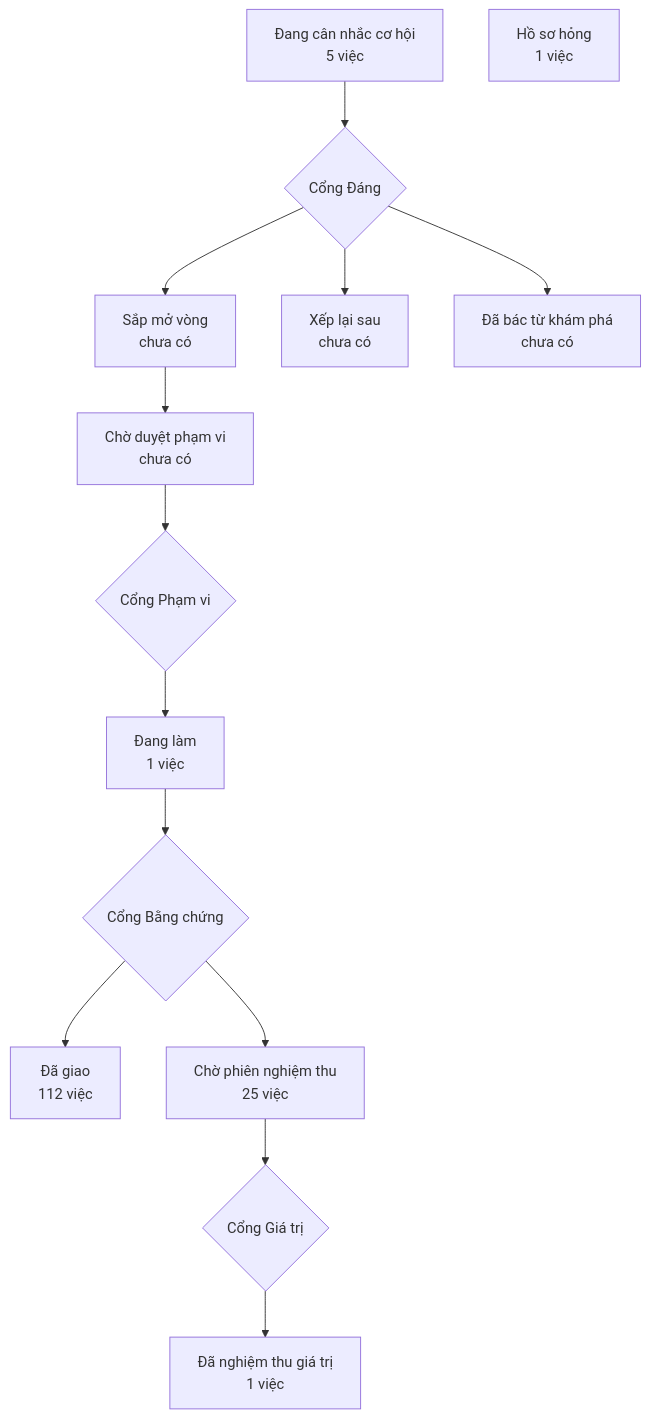
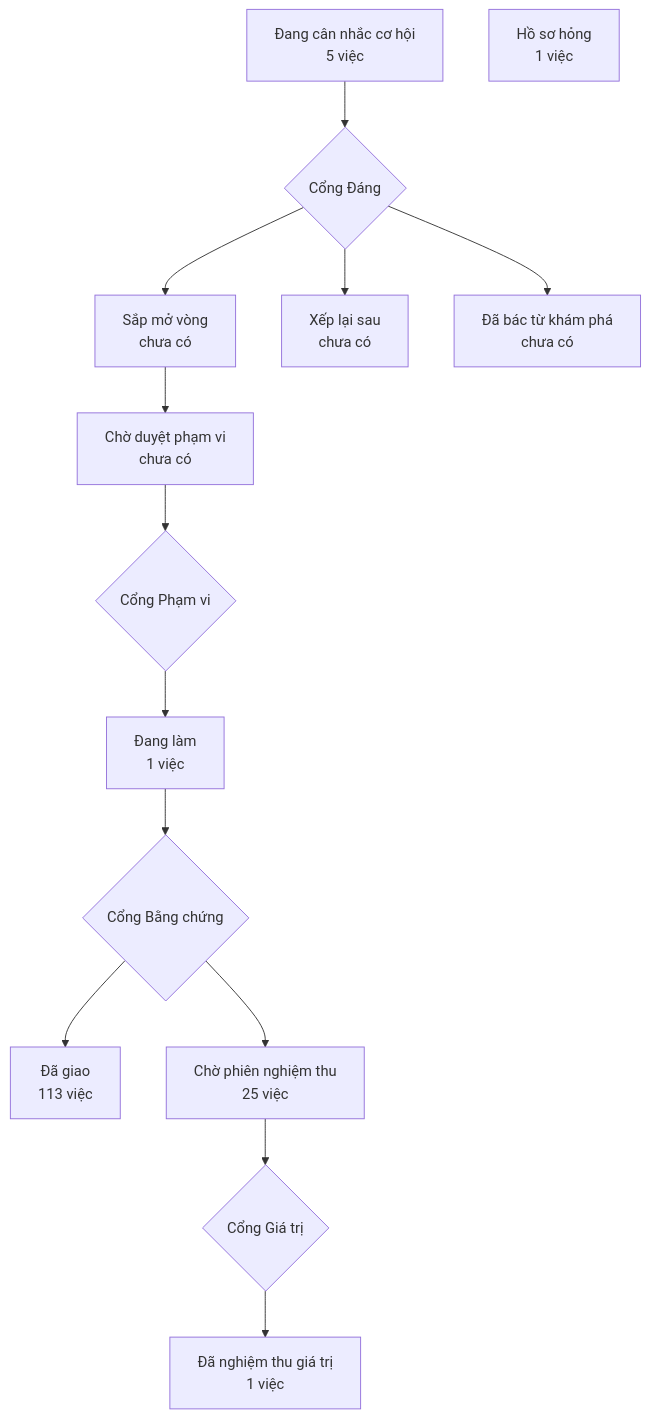
One commit to phanlemanh/crm-onehub changed the diagram in PRODUCT-MAP.md. Above: the diagram before and after it, drawn with Mermaid.

Commit message:
chore: vẽ lại PRODUCT-MAP sau gộp onehub (#221)

````diff
--- a/PRODUCT-MAP.md
+++ b/PRODUCT-MAP.md
@@ -6,13 +6,13 @@
 ```mermaid
 flowchart TD
   A["Đang cân nhắc cơ hội<br/>5 việc"] --> GD{"Cổng Đáng"}
   GD --> B["Sắp mở vòng<br/>chưa có"]
   GD --> XL["Xếp lại sau<br/>chưa có"]
   GD --> DB["Đã bác từ khám phá<br/>chưa có"]
   B --> CD["Chờ duyệt phạm vi<br/>chưa có"] --> GP{"Cổng Phạm vi"}
   GP --> DL["Đang làm<br/>1 việc"] --> GB{"Cổng Bằng chứng"}
-  GB --> DG["Đã giao<br/>112 việc"]
+  GB --> DG["Đã giao<br/>113 việc"]
   GB --> CN["Chờ phiên nghiệm thu<br/>25 việc"] --> GG{"Cổng Giá trị"}
   GG --> NT["Đã nghiệm thu giá trị<br/>1 việc"]
   HS["Hồ sơ hỏng<br/>1 việc"]
 ```
````
